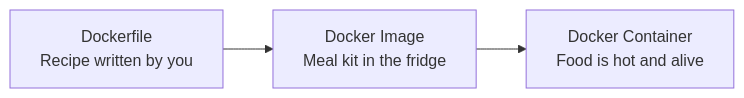
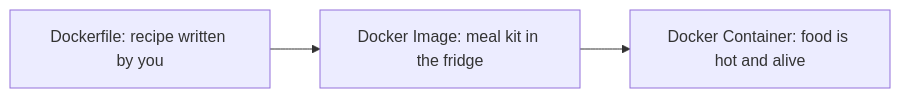
One commit to amit4996/learn-k8s-az changed the third of 7 diagrams in Ch1.Docker/readme.md. Above: the diagram before and after it, drawn with Mermaid. The commit also changed other lines of this file, not shown here.

Commit message:
adding docker

````diff
--- a/Ch1.Docker/readme.md
+++ b/Ch1.Docker/readme.md
@@ -122,5 +124,5 @@
 ```mermaid
 flowchart LR
-    Dockerfile["Dockerfile<br/>Recipe written by you"] --> Image["Docker Image<br/>Meal kit in the fridge"]
-    Image --> Container["Docker Container<br/>Food is hot and alive"]
+    Dockerfile[Dockerfile: recipe written by you] --> Image[Docker Image: meal kit in the fridge]
+    Image --> Container[Docker Container: food is hot and alive]
 ```
````
